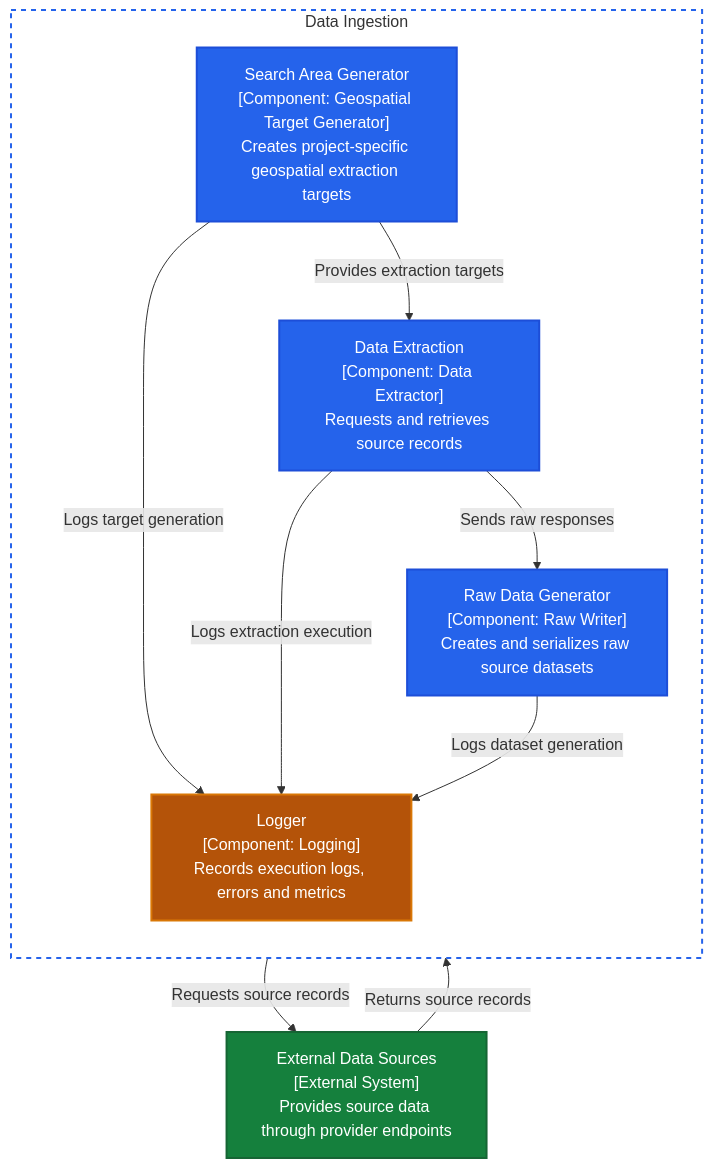
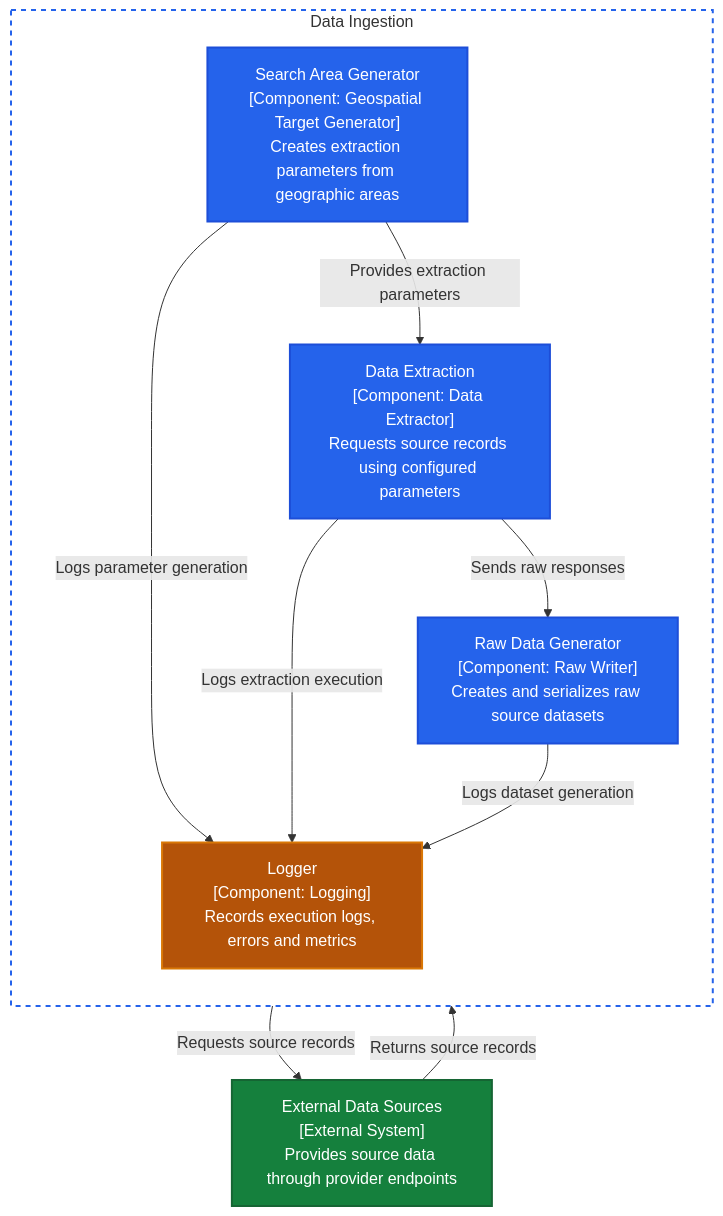
Before and after one commit to mentoria-edu/data_vet: the diagram in docs/c4/level_3_components/data_Ingestion.md, drawn with Mermaid. The commit also changed 4 other files, not shown here.

````diff
--- a/docs/c4/level_3_components/data_Ingestion.md
+++ b/docs/c4/level_3_components/data_Ingestion.md
@@ -1,63 +1,63 @@
 ```mermaid
 flowchart TB
 
     %% =====================================================
     %% EXTERNAL SYSTEMS
     %% =====================================================
 
     SOURCES["External Data Sources<br/>[External System]<br/>Provides source data through provider endpoints"]
 
     %% =====================================================
     %% CONTAINER BOUNDARY
     %% =====================================================
 
     subgraph INGESTION_BOUNDARY["Data Ingestion"]
 
         direction TB
 
-        SEARCH_AREA_GENERATOR["Search Area Generator<br/>[Component: Geospatial Target Generator]<br/>Creates project-specific geospatial extraction targets"]
+        SEARCH_AREA_GENERATOR["Search Area Generator<br/>[Component: Geospatial Target Generator]<br/>Creates extraction parameters from geographic areas"]
 
-        EXTRACTION["Data Extraction<br/>[Component: Data Extractor]<br/>Requests and retrieves source records"]
+        EXTRACTION["Data Extraction<br/>[Component: Data Extractor]<br/>Requests source records using configured parameters"]
 
         RAW["Raw Data Generator<br/>[Component: Raw Writer]<br/>Creates and serializes raw source datasets"]
 
         LOGGER["Logger<br/>[Component: Logging]<br/>Records execution logs, errors and metrics"]
 
     end
 
     %% =====================================================
     %% FLOWS
     %% =====================================================
 
-    SEARCH_AREA_GENERATOR -->|Provides extraction targets| EXTRACTION
+    SEARCH_AREA_GENERATOR -->|Provides extraction parameters| EXTRACTION
 
     EXTRACTION -->|Requests source records| SOURCES
 
     SOURCES -->|Returns source records| EXTRACTION
 
     EXTRACTION -->|Sends raw responses| RAW
 
-    SEARCH_AREA_GENERATOR -->|Logs target generation| LOGGER
+    SEARCH_AREA_GENERATOR -->|Logs parameter generation| LOGGER
 
     EXTRACTION -->|Logs extraction execution| LOGGER
 
     RAW -->|Logs dataset generation| LOGGER
 
     %% =====================================================
     %% COLORS
     %% =====================================================
 
     classDef component fill:#2563EB,stroke:#1D4ED8,color:#FFFFFF,stroke-width:2px;
     classDef logger fill:#B45309,stroke:#D97706,color:#FFFFFF,stroke-width:2px;
     classDef external fill:#15803D,stroke:#166534,color:#FFFFFF,stroke-width:2px;
 
     style INGESTION_BOUNDARY fill:none,stroke:#2563EB,stroke-width:2px,stroke-dasharray: 5 5
 
     %% =====================================================
     %% CLASS ASSIGNMENT
     %% =====================================================
 
     class SEARCH_AREA_GENERATOR,EXTRACTION,RAW component;
     class LOGGER logger;
     class SOURCES external;
 ```
````
